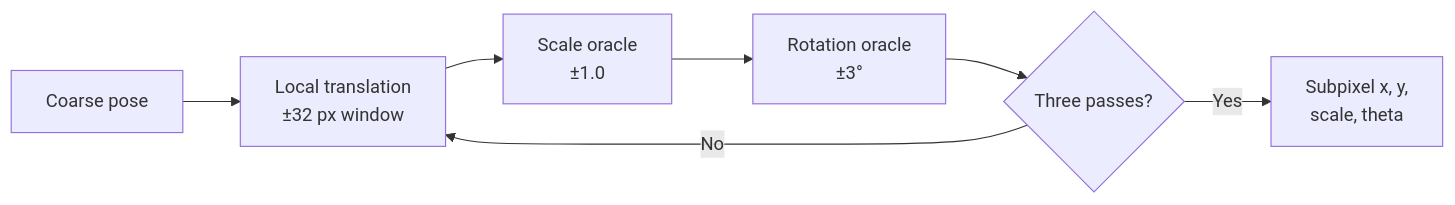
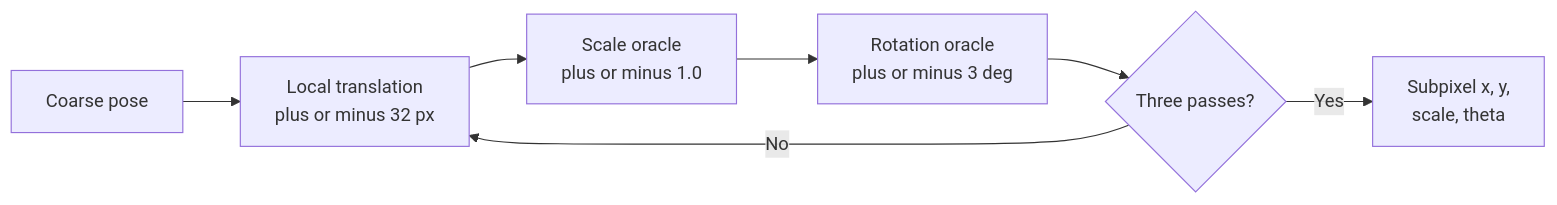
Before and after one commit to RHUDHRESH/LatticeRank-SEMICON-2026: the seventh of 12 diagrams in docs/V1_VS_V2.md, drawn with Mermaid. The commit also changed other lines of this file and 35 other files, not shown here.

````diff
--- a/docs/V1_VS_V2.md
+++ b/docs/V1_VS_V2.md
@@ -228,9 +241,9 @@
 ```mermaid
 flowchart LR
-    A["Coarse pose"] --> B["Local translation<br/>±32 px window"]
-    B --> C["Scale oracle<br/>±1.0"]
-    C --> D["Rotation oracle<br/>±3°"]
+    A["Coarse pose"] --> B["Local translation<br/>plus or minus 32 px"]
+    B --> C["Scale oracle<br/>plus or minus 1.0"]
+    C --> D["Rotation oracle<br/>plus or minus 3 deg"]
     D --> E{"Three passes?"}
     E -- No --> B
     E -- Yes --> F["Subpixel x, y,<br/>scale, theta"]
 ```
````
